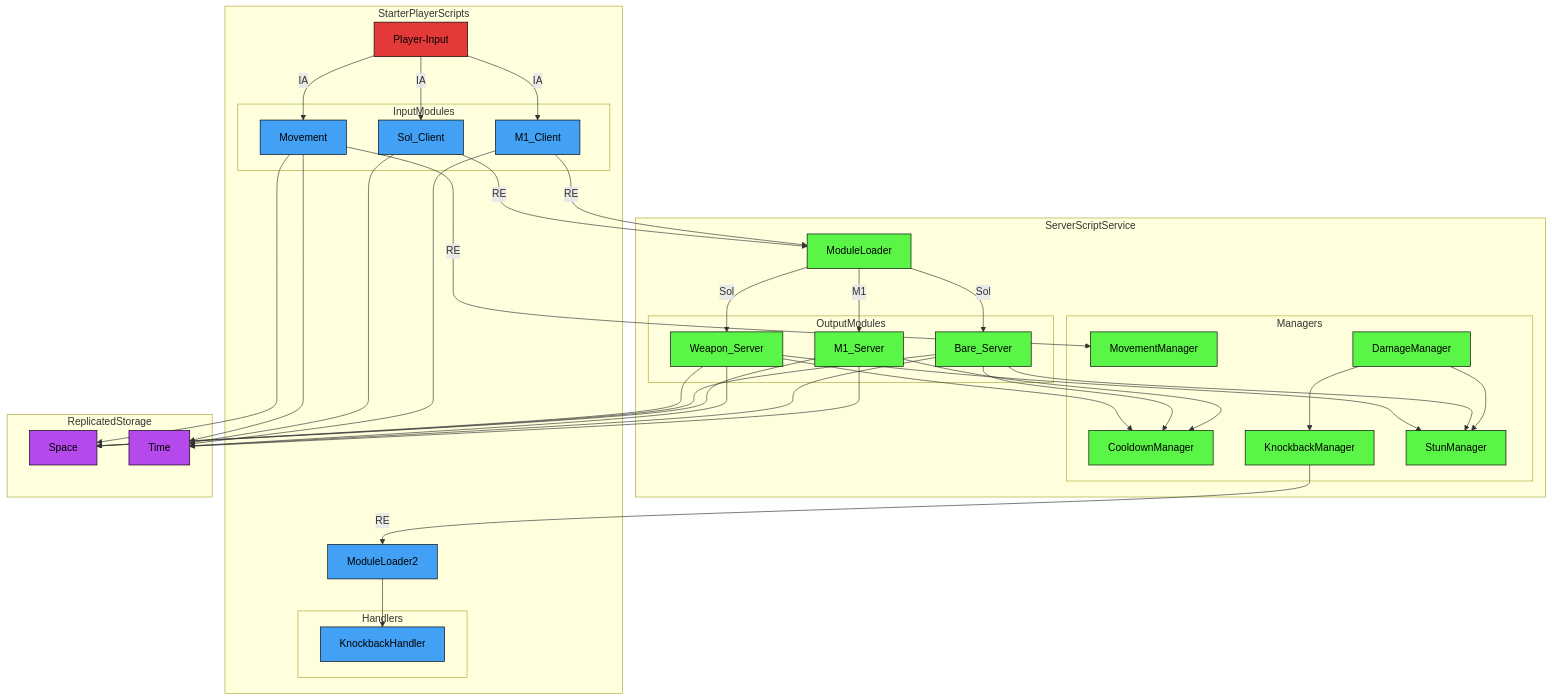
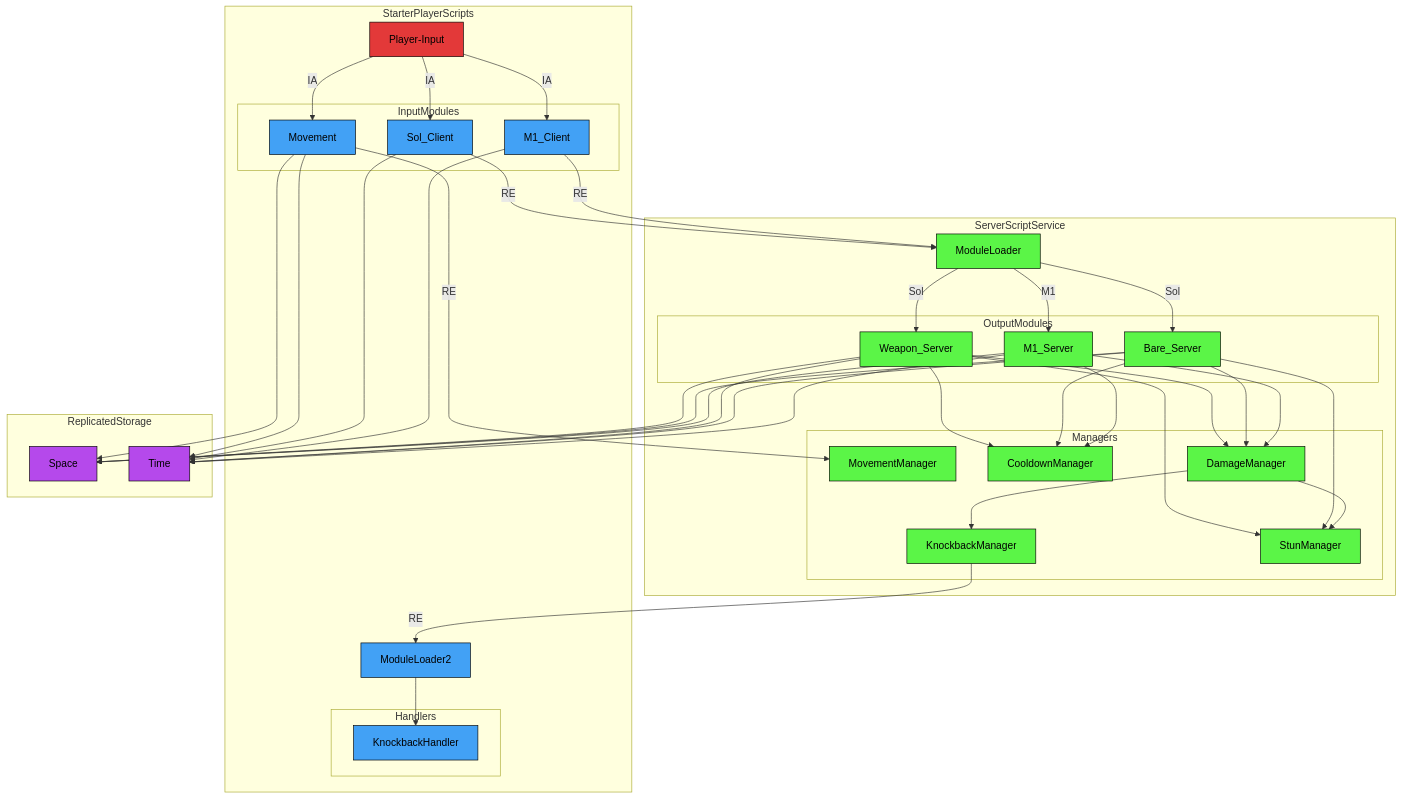
The second of 3 diagrams in README.md (altair5607249/Crusaders-Game), drawn with Mermaid before and after one commit.

```diff
--- a/README.md
+++ b/README.md
@@ -212,6 +212,10 @@
   Weapon_Server-->CooldownManager;
   Weapon_Server-->StunManager;
 
+  M1_Server-->DamageManager;
+  Bare_Server-->DamageManager;
+  Weapon_Server-->DamageManager;
+
   M1_Client-->Time;
   Sol_Client-->Time;
   Movement-->Space;
```
